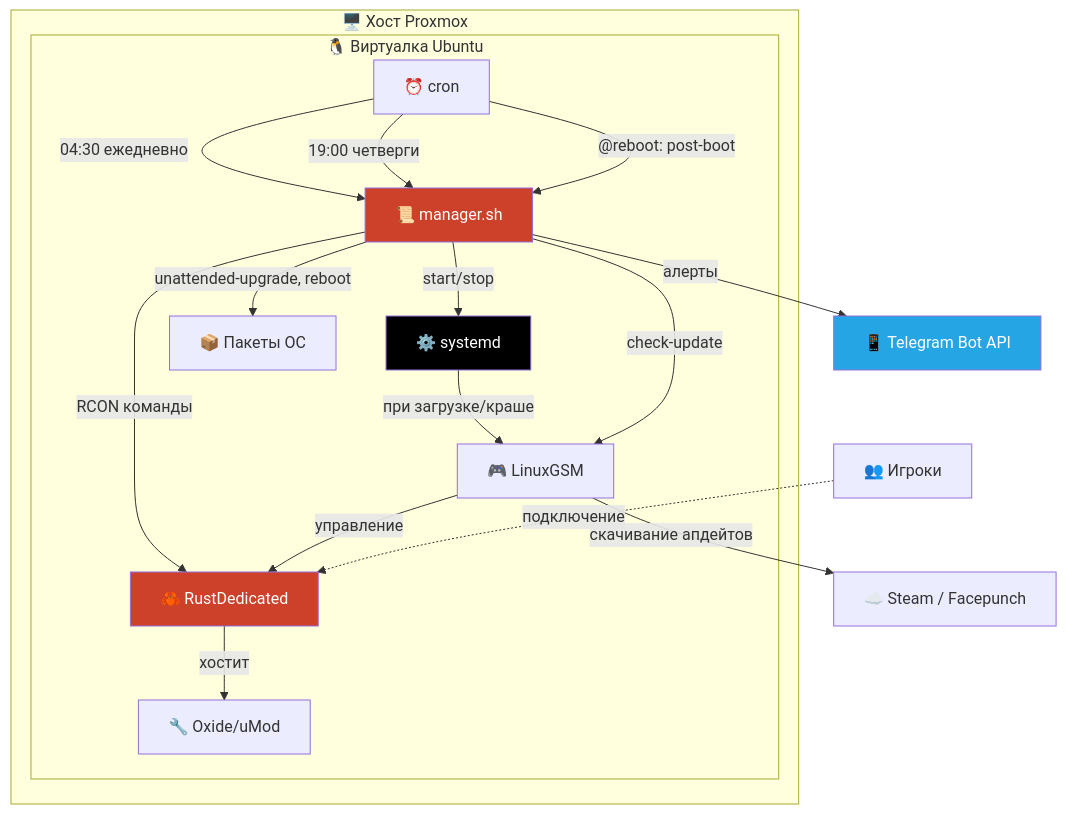
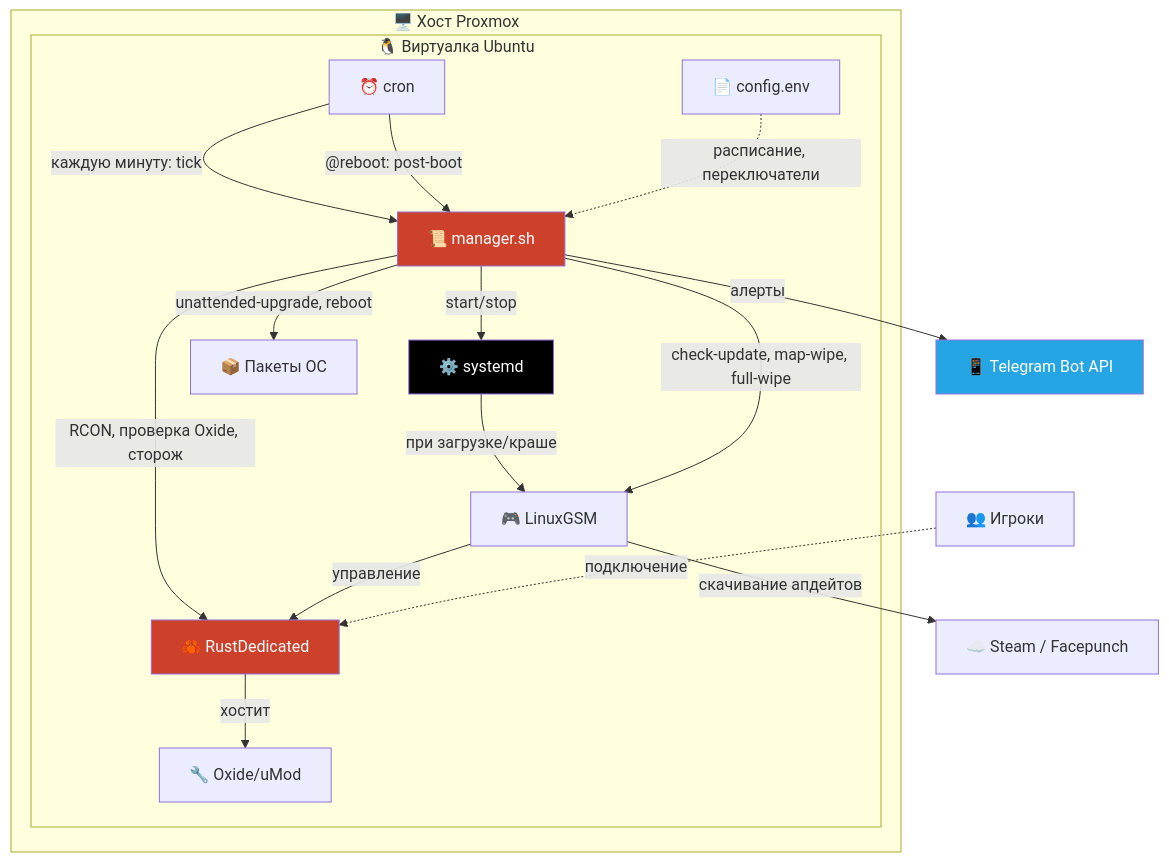
One commit to wobujidao/rust-wipe-manager changed the first of 7 diagrams in README_RU.md. Above: the diagram before and after it, drawn with Mermaid. The commit also changed other lines of this file and 2 other files, not shown here.

Commit message:
docs: config-driven scheduler, map wipes, watchdog, Oxide check, languages

````diff
--- a/README_RU.md
+++ b/README_RU.md
@@ -68,37 +95,38 @@
 ```mermaid
 graph TB
     subgraph "🖥️ Хост Proxmox"
         subgraph "🐧 Виртуалка Ubuntu"
             CRON[⏰ cron]
             SYSTEMD[⚙️ systemd]
             MANAGER[📜 manager.sh]
             LGSM[🎮 LinuxGSM]
             RUST[🦀 RustDedicated]
             OXIDE[🔧 Oxide/uMod]
             OS[📦 Пакеты ОС]
+            CONF[📄 config.env]
         end
     end
 
     TG[📱 Telegram Bot API]
     STEAM[☁️ Steam / Facepunch]
     PLAYERS[👥 Игроки]
 
-    CRON -->|"04:30 ежедневно"| MANAGER
-    CRON -->|"19:00 четверги"| MANAGER
+    CRON -->|"каждую минуту: tick"| MANAGER
     CRON -->|"@reboot: post-boot"| MANAGER
+    CONF -.->|"расписание, переключатели"| MANAGER
     SYSTEMD -->|"при загрузке/краше"| LGSM
     MANAGER -->|"start/stop"| SYSTEMD
-    MANAGER -->|"RCON команды"| RUST
-    MANAGER -->|"check-update"| LGSM
+    MANAGER -->|"RCON, проверка Oxide, сторож"| RUST
+    MANAGER -->|"check-update, map-wipe, full-wipe"| LGSM
     MANAGER -->|"unattended-upgrade, reboot"| OS
     MANAGER -->|"алерты"| TG
     LGSM -->|"скачивание апдейтов"| STEAM
     LGSM -->|"управление"| RUST
     RUST -->|"хостит"| OXIDE
     PLAYERS -.->|"подключение"| RUST
 
     style MANAGER fill:#CD412B,color:#fff
     style RUST fill:#CD412B,color:#fff
     style TG fill:#26A5E4,color:#fff
     style SYSTEMD fill:#000,color:#fff
 ```
````
